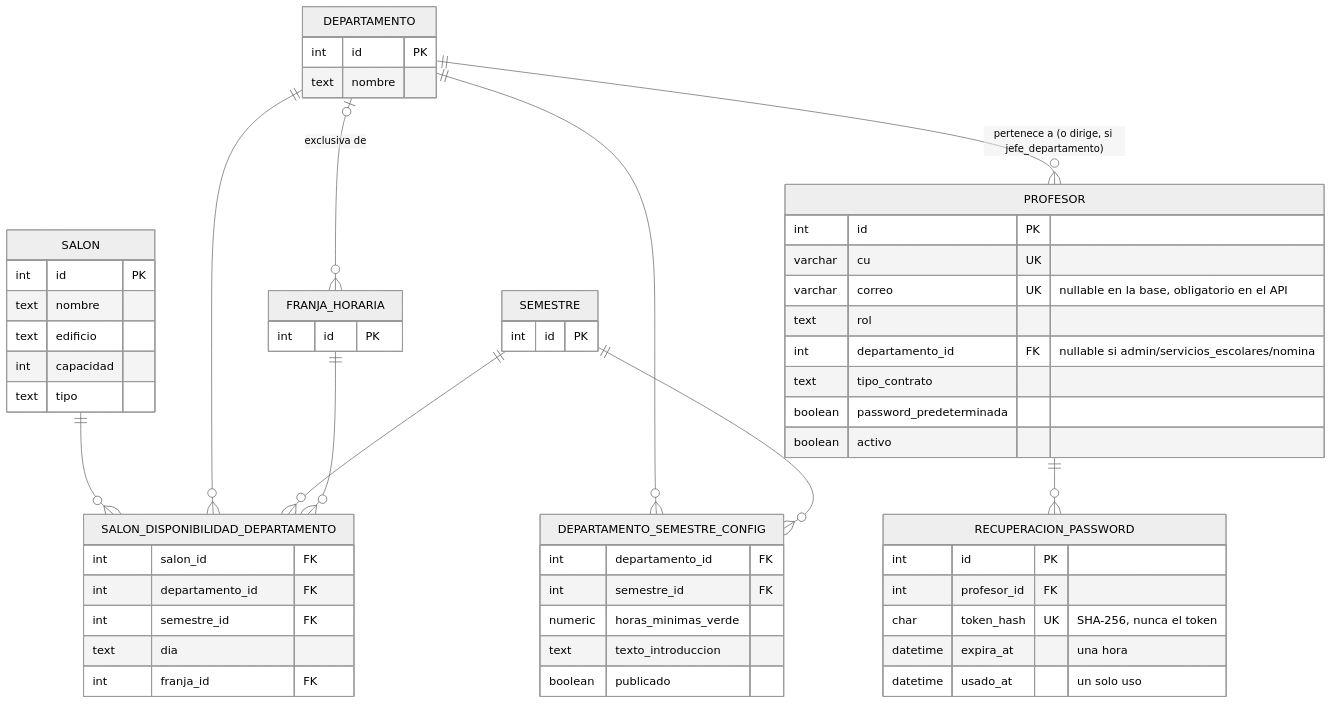
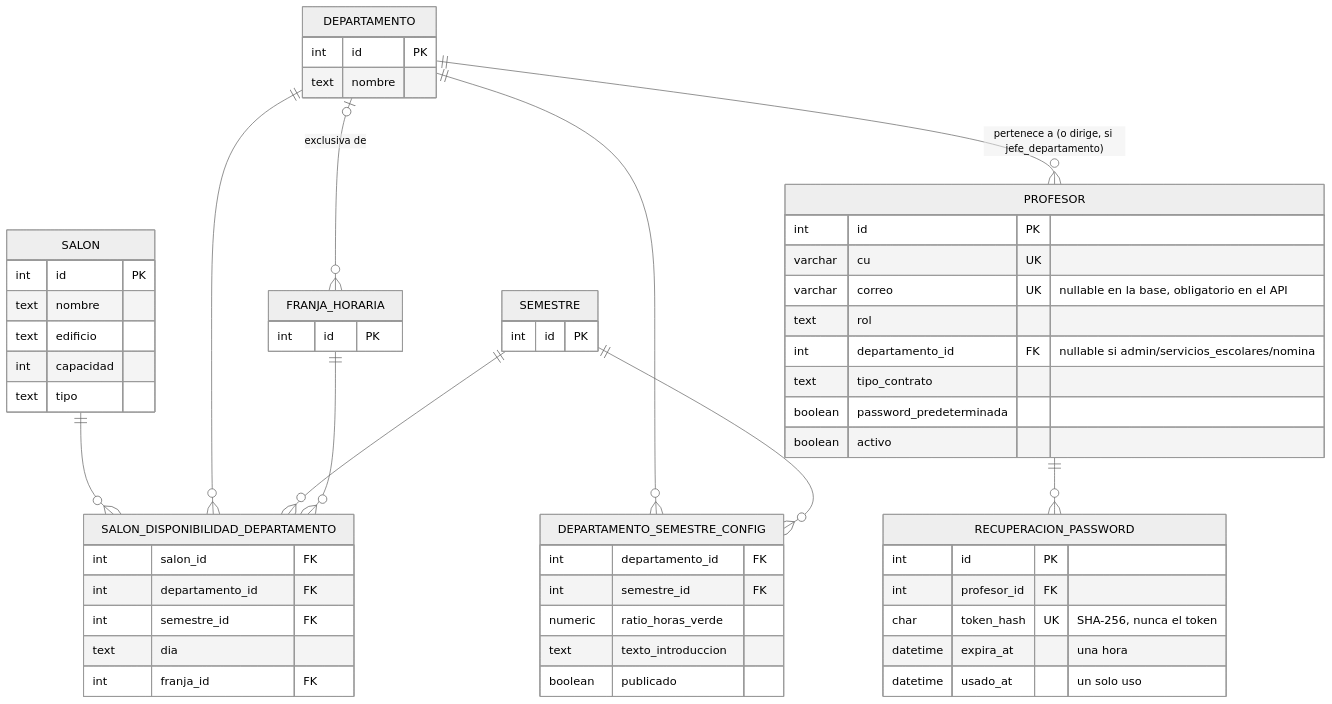
Before and after one commit to PauGarza/malla-horarios-web: the fifth of 5 diagrams in bd/diagrama-er.md, drawn with Mermaid (neutral theme). The commit also changed 35 other files, not shown here.

````diff
--- a/bd/diagrama-er.md
+++ b/bd/diagrama-er.md
@@ -365,61 +365,61 @@
 ```mermaid
 erDiagram
     SALON {
         int id PK
         text nombre
         text edificio
         int capacidad
         text tipo
     }
     DEPARTAMENTO {
         int id PK
         text nombre
     }
     SEMESTRE {
         int id PK
     }
     FRANJA_HORARIA {
         int id PK
     }
     SALON_DISPONIBILIDAD_DEPARTAMENTO {
         int salon_id FK
         int departamento_id FK
         int semestre_id FK
         text dia
         int franja_id FK
     }
     DEPARTAMENTO_SEMESTRE_CONFIG {
         int departamento_id FK
         int semestre_id FK
-        numeric horas_minimas_verde
+        numeric ratio_horas_verde
         text texto_introduccion
         boolean publicado
     }
     PROFESOR {
         int id PK
         varchar cu UK
         varchar correo UK "nullable en la base, obligatorio en el API"
         text rol
         int departamento_id FK "nullable si admin/servicios_escolares/nomina"
         text tipo_contrato
         boolean password_predeterminada
         boolean activo
     }
     RECUPERACION_PASSWORD {
         int id PK
         int profesor_id FK
         char token_hash UK "SHA-256, nunca el token"
         datetime expira_at "una hora"
         datetime usado_at "un solo uso"
     }
 
     SALON ||--o{ SALON_DISPONIBILIDAD_DEPARTAMENTO : ""
     DEPARTAMENTO ||--o{ SALON_DISPONIBILIDAD_DEPARTAMENTO : ""
     SEMESTRE ||--o{ SALON_DISPONIBILIDAD_DEPARTAMENTO : ""
     FRANJA_HORARIA ||--o{ SALON_DISPONIBILIDAD_DEPARTAMENTO : ""
     DEPARTAMENTO ||--o{ DEPARTAMENTO_SEMESTRE_CONFIG : ""
     SEMESTRE ||--o{ DEPARTAMENTO_SEMESTRE_CONFIG : ""
     DEPARTAMENTO ||--o{ PROFESOR : "pertenece a (o dirige, si jefe_departamento)"
     PROFESOR ||--o{ RECUPERACION_PASSWORD : ""
     DEPARTAMENTO |o--o{ FRANJA_HORARIA : "exclusiva de"
 ```
````
